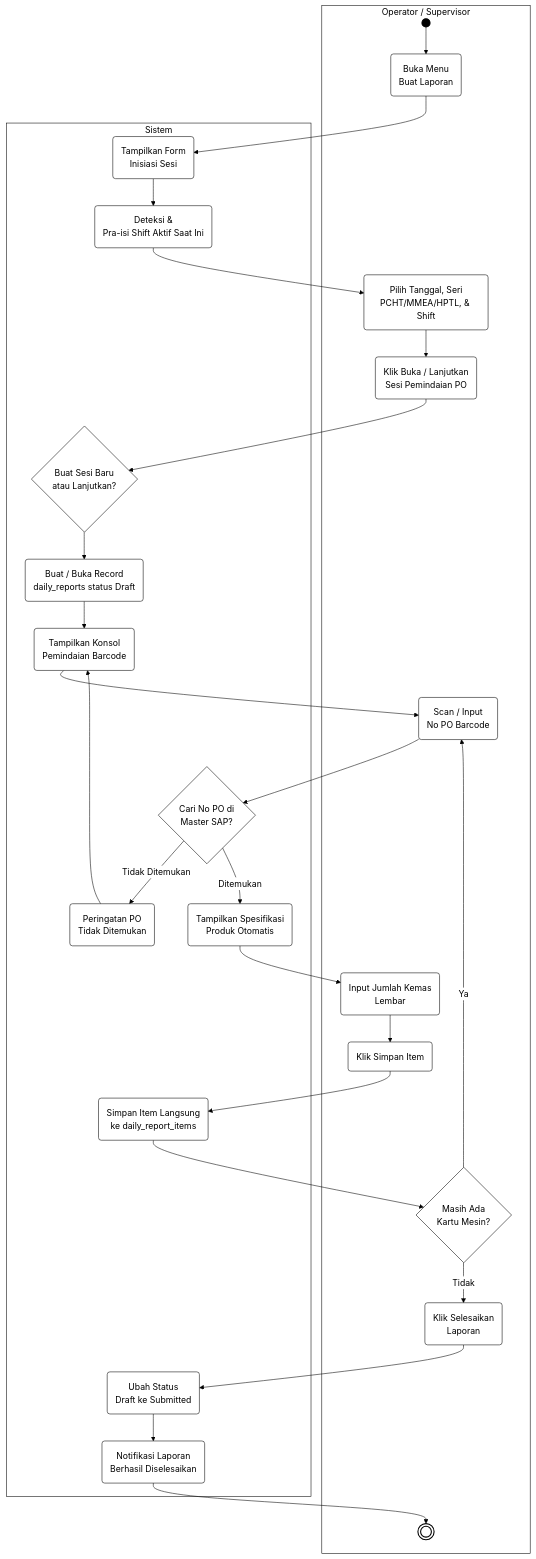
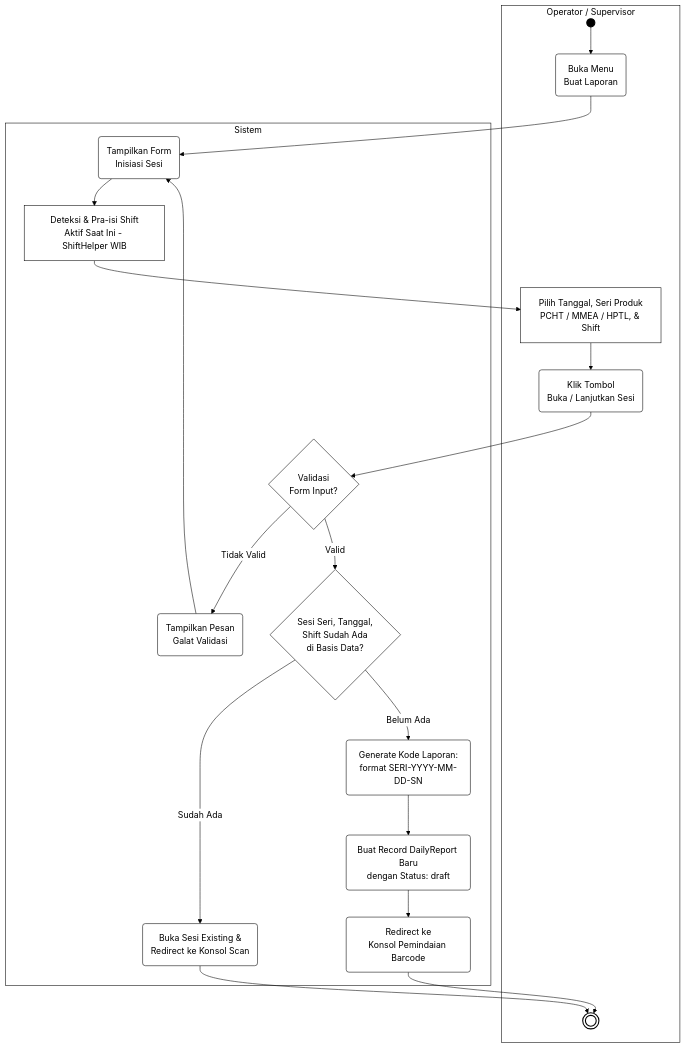
Before and after one commit to ZulfikarHD/scan-produksi: diagram 12 of 21 in docs/BAB_III_Draft.md, drawn with Mermaid. The commit also changed other lines of this file, not shown here.

First line of the commit message:
refactor(docs): update activity diagrams for managing petugas data

````diff
--- a/docs/BAB_III_Draft.md
+++ b/docs/BAB_III_Draft.md
@@ -573,56 +760,42 @@
 ```mermaid
 %%{init: {'theme': 'base', 'themeVariables': { 'primaryColor': '#ffffff', 'primaryBorderColor': '#000000', 'primaryTextColor': '#000000', 'lineColor': '#000000', 'textColor': '#000000', 'clusterBkg': '#ffffff', 'clusterBorder': '#000000', 'edgeLabelBackground':'#ffffff' }}}%%
 flowchart TD
     subgraph Operator ["Operator / Supervisor"]
         P_Start(( ))
         P_Buka(Buka Menu<br/>Buat Laporan)
-        P_Pilih(Pilih Tanggal, Seri<br/>PCHT/MMEA/HPTL, & Shift)
-        P_Launch(Klik Buka / Lanjutkan<br/>Sesi Pemindaian PO)
-        P_Scan(Scan / Input<br/>No PO Barcode)
-        P_Qty(Input Jumlah Kemas<br/>Lembar)
-        P_SimpanItem(Klik Simpan Item)
-        P_Cek{Masih Ada<br/>Kartu Mesin?}
-        P_Selesai(Klik Selesaikan<br/>Laporan)
+        P_Pilih["Pilih Tanggal, Seri Produk<br/>PCHT / MMEA / HPTL, & Shift"]
+        P_Launch(Klik Tombol<br/>Buka / Lanjutkan Sesi)
         P_End((( )))
     end
 
     subgraph Sistem ["Sistem"]
         S_Form(Tampilkan Form<br/>Inisiasi Sesi)
-        S_AutoShift(Deteksi &<br/>Pra-isi Shift Aktif Saat Ini)
-        S_BuatSesi{Buat Sesi Baru<br/>atau Lanjutkan?}
-        S_Record(Buat / Buka Record<br/>daily_reports status Draft)
-        S_Konsol(Tampilkan Konsol<br/>Pemindaian Barcode)
-        S_Cari{Cari No PO di<br/>Master SAP?}
-        S_Err(Peringatan PO<br/>Tidak Ditemukan)
-        S_Info(Tampilkan Spesifikasi<br/>Produk Otomatis)
-        S_Item(Simpan Item Langsung<br/>ke daily_report_items)
-        S_Final(Ubah Status<br/>Draft ke Submitted)
-        S_Notif(Notifikasi Laporan<br/>Berhasil Diselesaikan)
+        S_AutoShift["Deteksi & Pra-isi Shift<br/>Aktif Saat Ini - ShiftHelper WIB"]
+        S_Val{Validasi<br/>Form Input?}
+        S_ValErr(Tampilkan Pesan<br/>Galat Validasi)
+        S_CekSesi{"Sesi Seri, Tanggal,<br/>Shift Sudah Ada<br/>di Basis Data?"}
+        S_BukaSesi(Buka Sesi Existing &<br/>Redirect ke Konsol Scan)
+        S_BuatKode(Generate Kode Laporan:<br/>format SERI-YYYY-MM-DD-SN)
+        S_BuatSesi(Buat Record DailyReport Baru<br/>dengan Status: draft)
+        S_Redirect(Redirect ke<br/>Konsol Pemindaian Barcode)
     end
 
     P_Start --> P_Buka
     P_Buka --> S_Form
     S_Form --> S_AutoShift
     S_AutoShift --> P_Pilih
     P_Pilih --> P_Launch
-    P_Launch --> S_BuatSesi
-    S_BuatSesi --> S_Record
-    S_Record --> S_Konsol
-    S_Konsol --> P_Scan
-    P_Scan --> S_Cari
-    S_Cari -- Tidak Ditemukan --> S_Err
-    S_Err --> S_Konsol
-    S_Cari -- Ditemukan --> S_Info
-    S_Info --> P_Qty
-    P_Qty --> P_SimpanItem
-    P_SimpanItem --> S_Item
-    S_Item --> P_Cek
-    P_Cek -- Ya --> P_Scan
-    P_Cek -- Tidak --> P_Selesai
-    P_Selesai --> S_Final
-    S_Final --> S_Notif
-    S_Notif --> P_End
+    P_Launch --> S_Val
+    S_Val -- Tidak Valid --> S_ValErr
+    S_ValErr --> S_Form
+    S_Val -- Valid --> S_CekSesi
+    S_CekSesi -- Sudah Ada --> S_BukaSesi
+    S_BukaSesi --> P_End
+    S_CekSesi -- Belum Ada --> S_BuatKode
+    S_BuatKode --> S_BuatSesi
+    S_BuatSesi --> S_Redirect
+    S_Redirect --> P_End
 
     style P_Start fill:#000000,stroke:#000000,stroke-width:2px;
     style P_End fill:#ffffff,stroke:#000000,stroke-width:2px;
 ```
````
